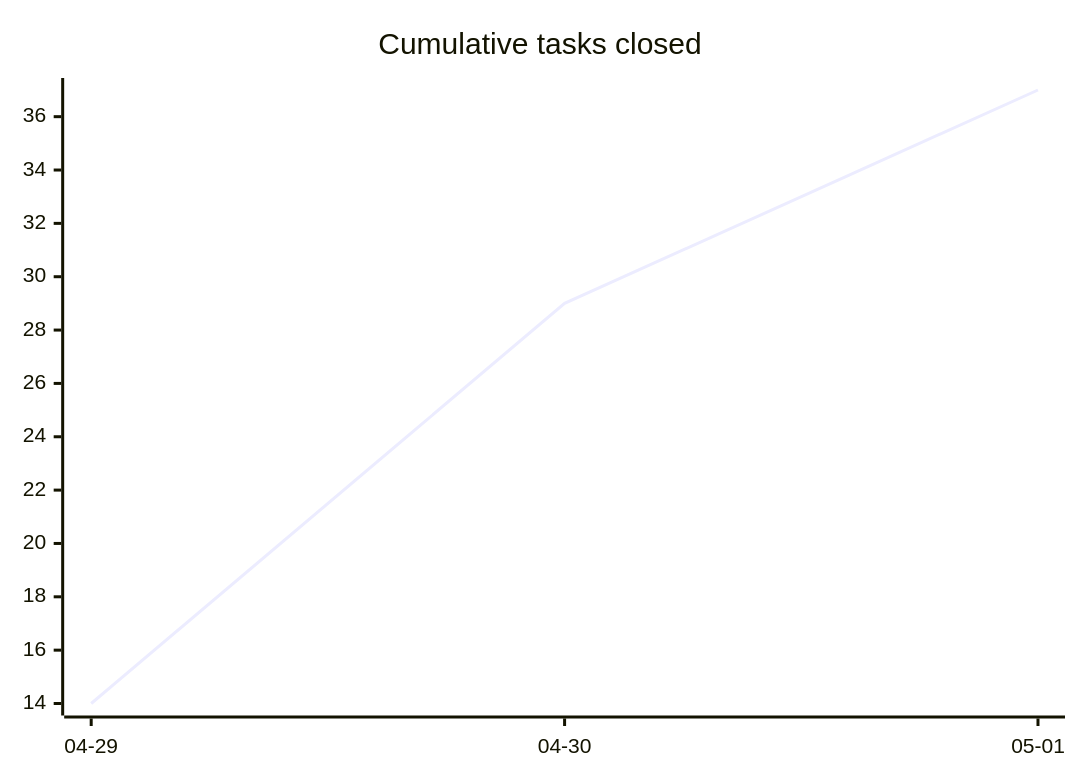
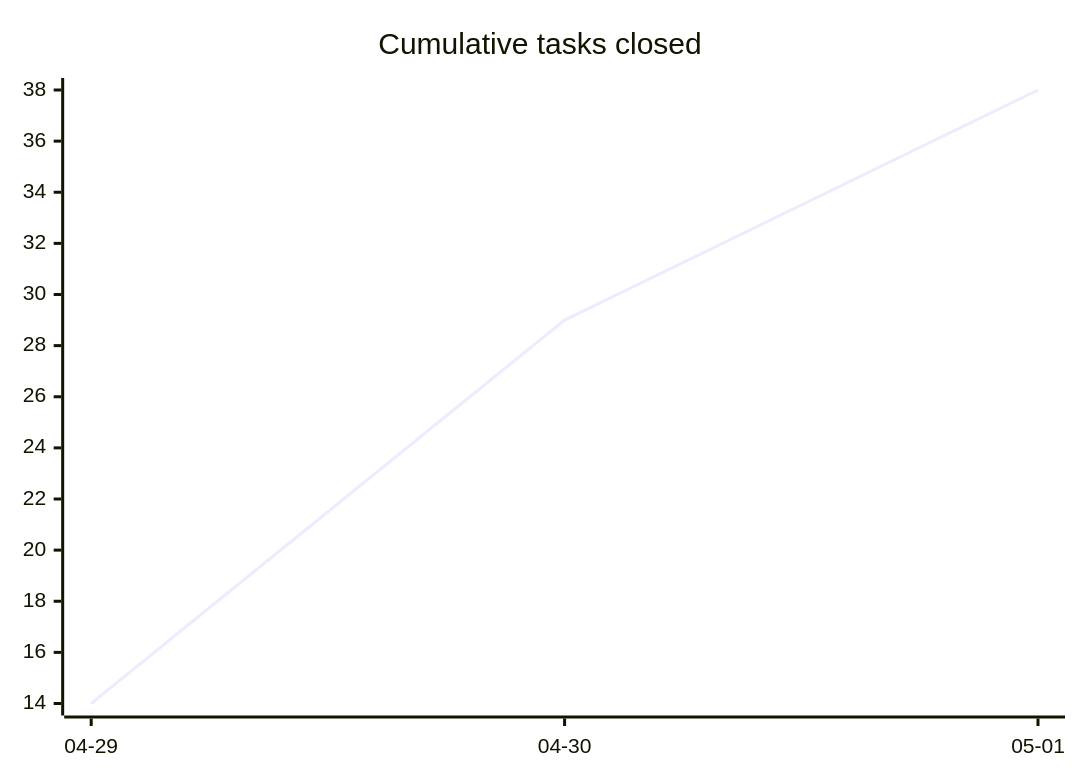
The first of 3 diagrams in docs/developers/tasks/OVERVIEW.md (tgd1975/AwesomeStudioPedal), drawn with Mermaid before and after one commit. The commit also changed other lines of this file and 56 other files, not shown here.

````diff
--- a/docs/developers/tasks/OVERVIEW.md
+++ b/docs/developers/tasks/OVERVIEW.md
@@ -22,6 +22,6 @@
 ```mermaid
 xychart-beta
     title "Cumulative tasks closed"
     x-axis ["04-29", "04-30", "05-01"]
-    line [14, 29, 37]
+    line [14, 29, 38]
 ```
````
